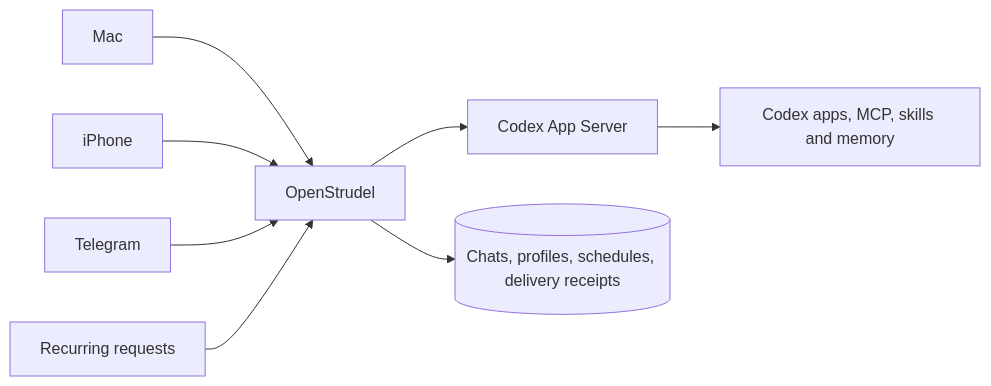
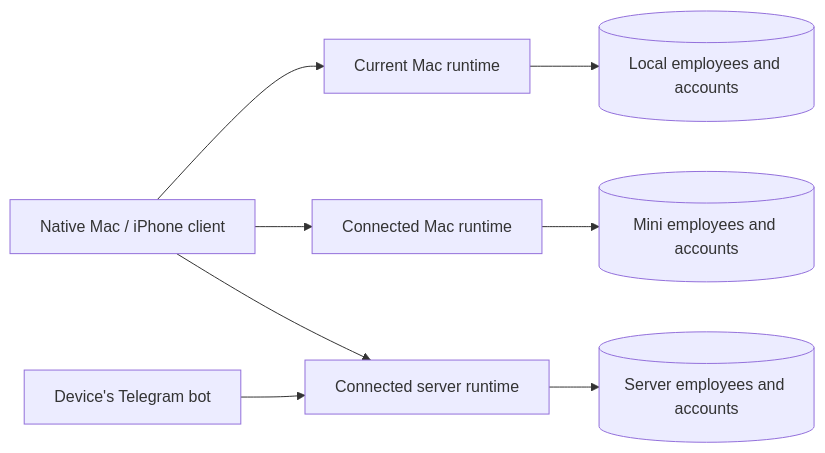
Before and after one commit to mikwiseman/openstrudel: the diagram in ARCHITECTURE.md, drawn with Mermaid. The commit also changed other lines of this file and 45 other files, not shown here.

````diff
--- a/ARCHITECTURE.md
+++ b/ARCHITECTURE.md
@@ -5,10 +5,10 @@
 ```mermaid
 flowchart LR
-  Mac[Mac] --> Home[OpenStrudel]
-  iOS[iPhone] --> Home
-  Telegram[Telegram] --> Home
-  Home --> Codex[Codex App Server]
-  Codex --> Tools[Codex apps, MCP, skills and memory]
-  Clock[Recurring requests] --> Home
-  Home --> State[(Chats, profiles, schedules, delivery receipts)]
+  Mac[Native Mac / iPhone client] --> Local[Current Mac runtime]
+  Mac --> Mini[Connected Mac runtime]
+  Mac --> Server[Connected server runtime]
+  Local --> LocalState[(Local employees and accounts)]
+  Mini --> MiniState[(Mini employees and accounts)]
+  Server --> ServerState[(Server employees and accounts)]
+  Telegram[Device's Telegram bot] --> Server
 ```
````
